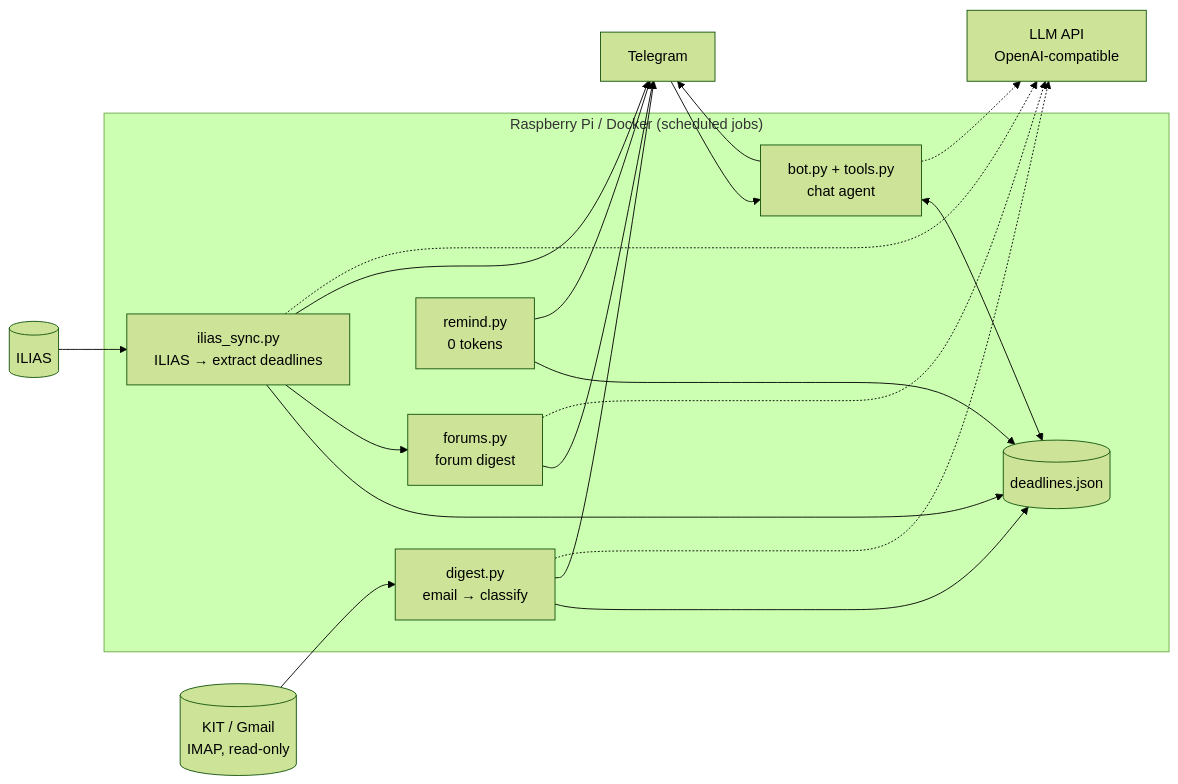
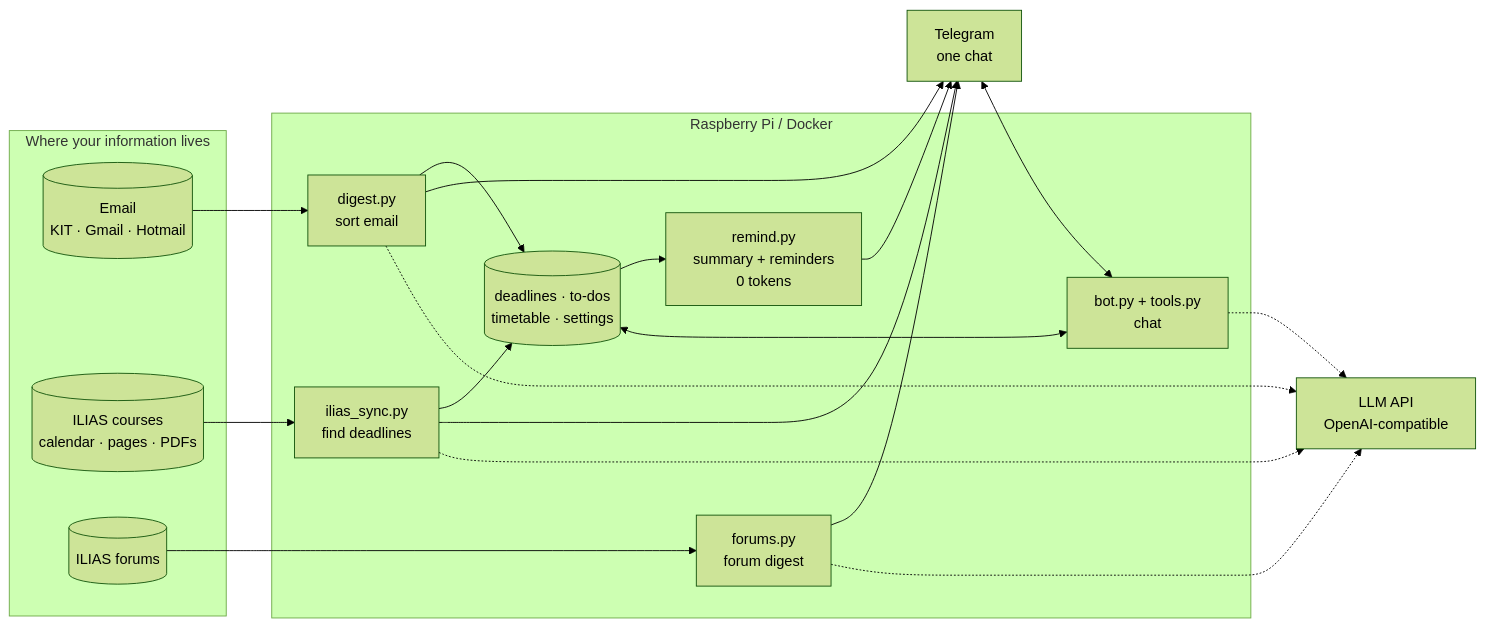
The diagram in README.md (lattiezhao-a11y/kit-study-assistant), drawn with Mermaid (forest theme) before and after one commit. The commit also changed other lines of this file and 2 other files, not shown here.

First line of the commit message:
README: lead with why, cover all sources, architecture in every language

````diff
--- a/README.md
+++ b/README.md
@@ -65,15 +82,26 @@
 ```mermaid
 flowchart LR
-    subgraph Pi["Raspberry Pi / Docker (scheduled jobs)"]
-        D[digest.py<br/>email → classify] --> S[(deadlines.json)]
-        I[ilias_sync.py<br/>ILIAS → extract deadlines] --> S
-        I --> F[forums.py<br/>forum digest]
-        R[remind.py<br/>0 tokens] --> S
-        B[bot.py + tools.py<br/>chat agent] <--> S
+    subgraph SRC["Where your information lives"]
+        MAIL[("Email<br/>KIT · Gmail · Hotmail")]
+        ILIAS[("ILIAS courses<br/>calendar · pages · PDFs")]
+        FORUM[("ILIAS forums")]
     end
-    IMAP[(KIT / Gmail<br/>IMAP, read-only)] --> D
-    ILIAS[(ILIAS)] --> I
-    D & I & F & R & B --> TG[Telegram]
-    TG --> B
-    D & I & F & B -.-> LLM[LLM API<br/>OpenAI-compatible]
+    subgraph BOX["Raspberry Pi / Docker"]
+        D["digest.py<br/>sort email"]
+        I["ilias_sync.py<br/>find deadlines"]
+        F["forums.py<br/>forum digest"]
+        DATA[("deadlines · to-dos<br/>timetable · settings")]
+        R["remind.py<br/>summary + reminders<br/>0 tokens"]
+        B["bot.py + tools.py<br/>chat"]
+    end
+    MAIL --> D
+    ILIAS --> I
+    FORUM --> F
+    D --> DATA
+    I --> DATA
+    DATA --> R
+    B <--> DATA
+    D & I & F & R --> TG["Telegram<br/>one chat"]
+    TG <--> B
+    D & I & F & B -.-> LLM["LLM API<br/>OpenAI-compatible"]
 ```
````
